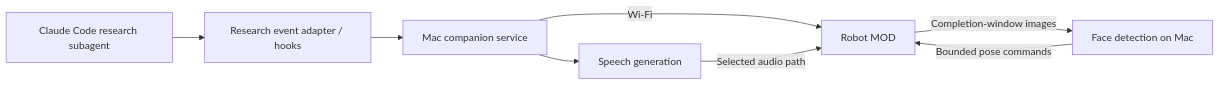
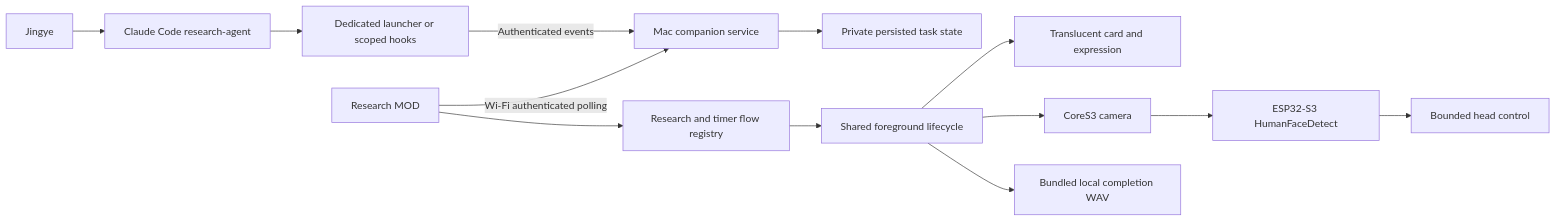
One commit to yeejingye/jyos-stackchan changed the first of 2 diagrams in knowledge_base/feat/research-companion/design.md. Above: the diagram before and after it, drawn with Mermaid. The commit also changed other lines of this file and 11 other files, not shown here.

Commit message:
Document acceptance and validate application architecture

````diff
--- a/knowledge_base/feat/research-companion/design.md
+++ b/knowledge_base/feat/research-companion/design.md
@@ -30,10 +5,15 @@
 ```mermaid
 flowchart LR
-  Agent[Claude Code research subagent] --> Adapter[Research event adapter / hooks]
-  Adapter --> Service[Mac companion service]
-  Service -->|Wi-Fi| MOD[Robot MOD]
-  Service --> TTS[Speech generation]
-  TTS -->|Selected audio path| MOD
-  MOD -->|Completion-window images| Vision[Face detection on Mac]
-  Vision -->|Bounded pose commands| MOD
+  Human[Jingye] --> Claude[Claude Code research-agent]
+  Claude --> Adapter[Dedicated launcher or scoped hooks]
+  Adapter -->|Authenticated events| Service[Mac companion service]
+  Service --> State[Private persisted task state]
+  Robot[Research MOD] -->|Wi-Fi authenticated polling| Service
+  Robot --> Registry[Research and timer flow registry]
+  Registry --> Runner[Shared foreground lifecycle]
+  Runner --> Card[Translucent card and expression]
+  Runner --> Camera[CoreS3 camera]
+  Camera --> Detector[ESP32-S3 HumanFaceDetect]
+  Detector --> Motion[Bounded head control]
+  Runner --> Audio[Bundled local completion WAV]
 ```
````
